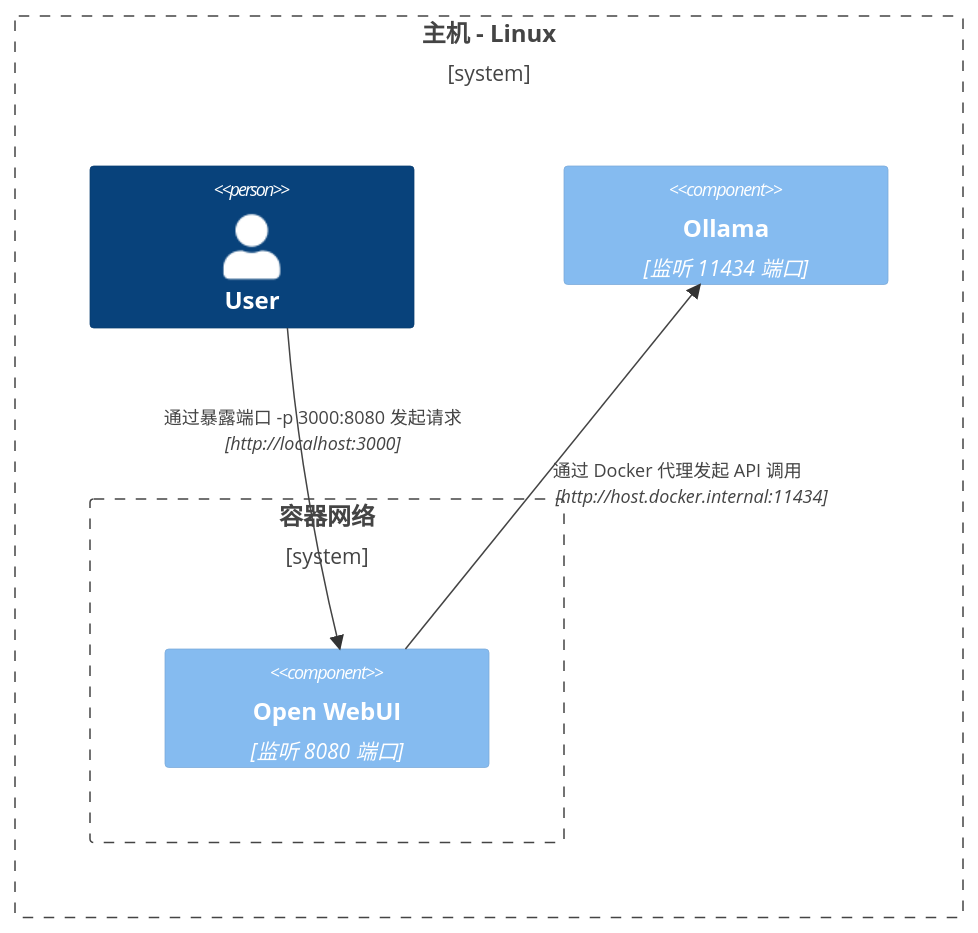
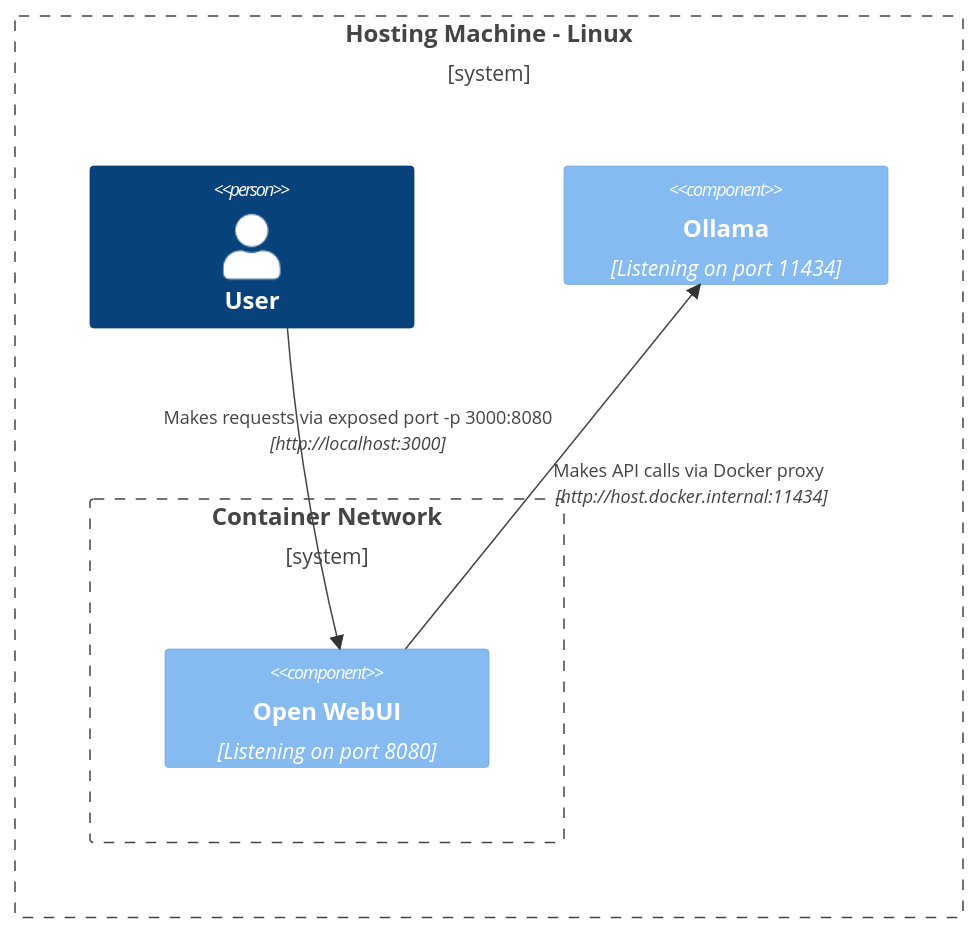
The fifth of 8 diagrams in zh-cn/docs/reference/network-diagrams.mdx (SMYQH/openwebuidocs), drawn with Mermaid before and after one commit. The commit also changed other lines of this file and 116 other files, not shown here.

````diff
--- a/zh-cn/docs/reference/network-diagrams.mdx
+++ b/zh-cn/docs/reference/network-diagrams.mdx
@@ -115,13 +115,13 @@
 ```mermaid
 C4Context
-Boundary(b0, "主机 - Linux") {
+Boundary(b0, "Hosting Machine - Linux") {
    Person(user, "User")
-   Boundary(b1, "容器网络") {
-      Component(openwebui, "Open WebUI", "监听 8080 端口")
+   Boundary(b1, "Container Network") {
+      Component(openwebui, "Open WebUI", "Listening on port 8080")
    }
-   Component(ollama, "Ollama", "监听 11434 端口")
+   Component(ollama, "Ollama", "Listening on port 11434")
 }
-Rel(openwebui, ollama, "通过 Docker 代理发起 API 调用", "http://host.docker.internal:11434")
-Rel(user, openwebui, "通过暴露端口 -p 3000:8080 发起请求", "http://localhost:3000")
+Rel(openwebui, ollama, "Makes API calls via Docker proxy", "http://host.docker.internal:11434")
+Rel(user, openwebui, "Makes requests via exposed port -p 3000:8080", "http://localhost:3000")
 UpdateRelStyle(user, openwebui, $offsetX="-100", $offsetY="-50")
 ```
````
